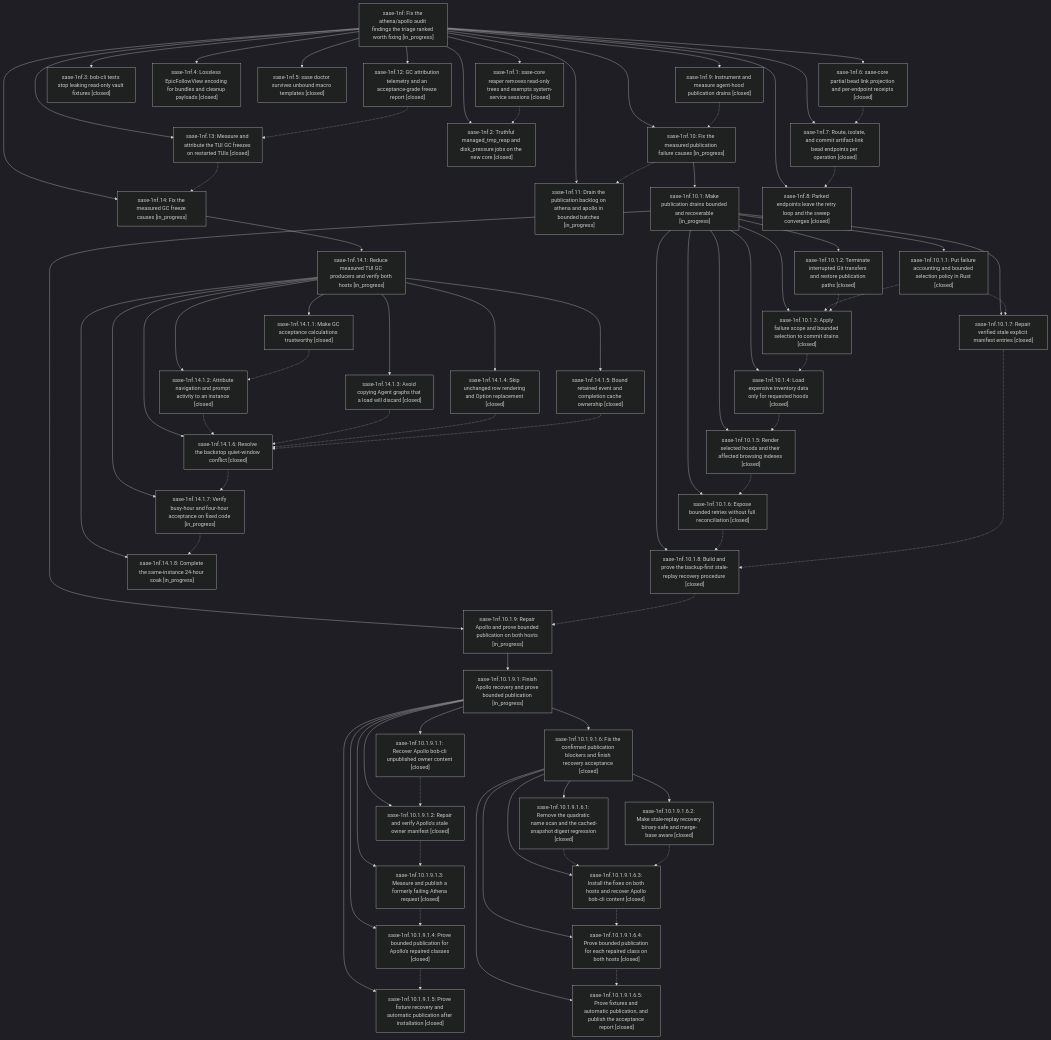
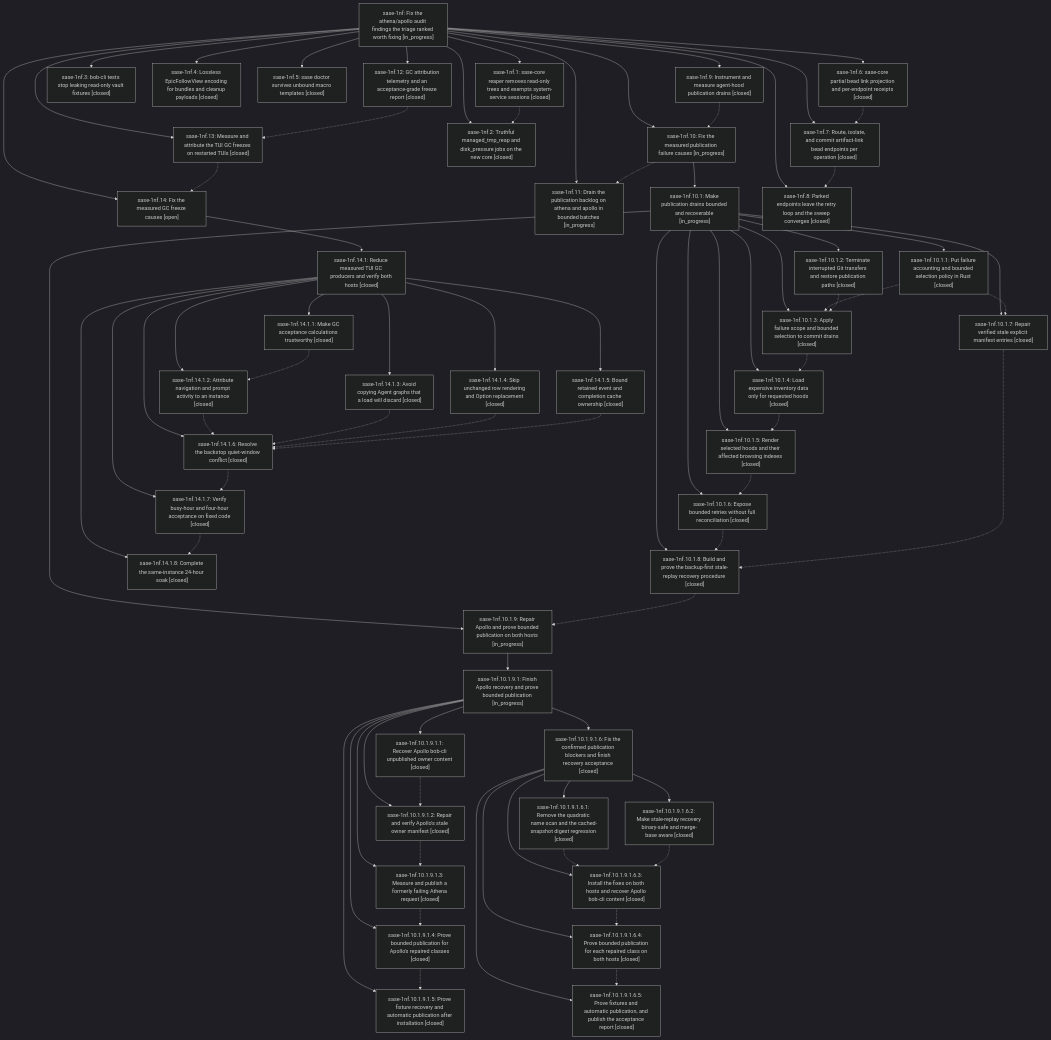
Before and after one commit to sase-org/sase--beads: the diagram in pages/sase-1nf/README.md, drawn with Mermaid (dark theme). The commit also changed other lines of this file and 19 other files, not shown here.

```diff
--- a/pages/sase-1nf/README.md
+++ b/pages/sase-1nf/README.md
@@ -76,16 +76,16 @@
     n25["sase-1nf.11: Drain the publication backlog on athena and apollo in bounded batches [in_progress]"]
     n26["sase-1nf.12: GC attribution telemetry and an acceptance-grade freeze report [closed]"]
     n27["sase-1nf.13: Measure and attribute the TUI GC freezes on restarted TUIs [closed]"]
-    n28["sase-1nf.14: Fix the measured GC freeze causes [in_progress]"]
-    n29["sase-1nf.14.1: Reduce measured TUI GC producers and verify both hosts [in_progress]"]
+    n28["sase-1nf.14: Fix the measured GC freeze causes [open]"]
+    n29["sase-1nf.14.1: Reduce measured TUI GC producers and verify both hosts [closed]"]
     n30["sase-1nf.14.1.1: Make GC acceptance calculations trustworthy [closed]"]
     n31["sase-1nf.14.1.2: Attribute navigation and prompt activity to an instance [closed]"]
     n32["sase-1nf.14.1.3: Avoid copying Agent graphs that a load will discard [closed]"]
     n33["sase-1nf.14.1.4: Skip unchanged row rendering and Option replacement [closed]"]
     n34["sase-1nf.14.1.5: Bound retained event and completion cache ownership [closed]"]
     n35["sase-1nf.14.1.6: Resolve the backstop quiet-window conflict [closed]"]
-    n36["sase-1nf.14.1.7: Verify busy-hour and four-hour acceptance on fixed code [in_progress]"]
-    n37["sase-1nf.14.1.8: Complete the same-instance 24-hour soak [in_progress]"]
+    n36["sase-1nf.14.1.7: Verify busy-hour and four-hour acceptance on fixed code [closed]"]
+    n37["sase-1nf.14.1.8: Complete the same-instance 24-hour soak [closed]"]
     n38["sase-1nf.2: Truthful managed_tmp_reap and disk_pressure jobs on the new core [closed]"]
     n39["sase-1nf.3: bob-cli tests stop leaking read-only vault fixtures [closed]"]
     n40["sase-1nf.4: Lossless EpicFollowView encoding for bundles and cleanup payloads [closed]"]
```
